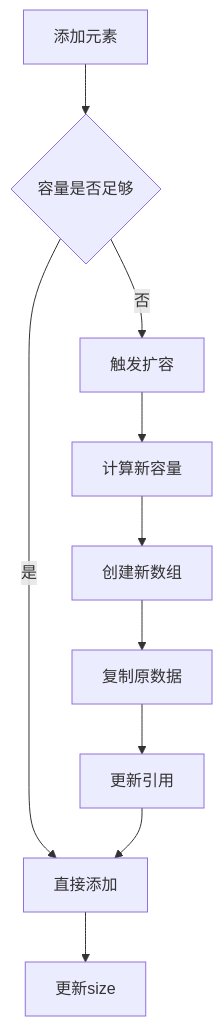
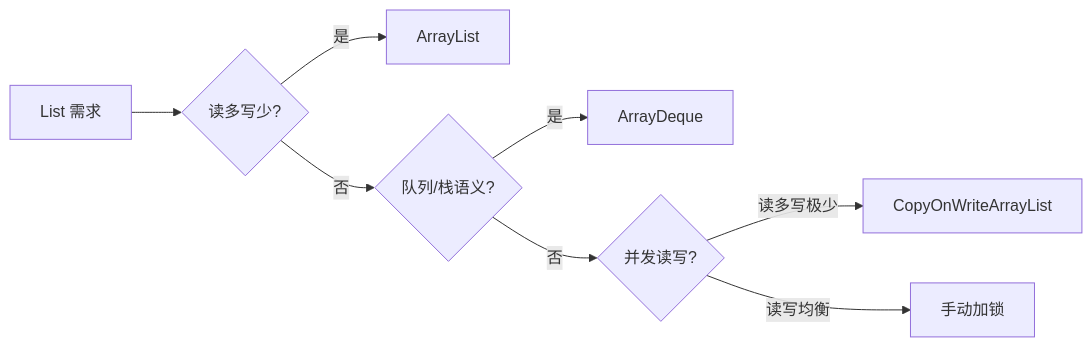
Before and after one commit to chongyang211/YCBookBlog: the first of 3 diagrams in 00.通用技术的提升/08.数据结构算法/13.工业级List设计思想.md, drawn with Mermaid. The commit also changed other lines of this file and 194 other files, not shown here.

````diff
--- a/00.通用技术的提升/08.数据结构算法/13.工业级List设计思想.md
+++ b/00.通用技术的提升/08.数据结构算法/13.工业级List设计思想.md
@@ -368,12 +63,10 @@
 ```mermaid
-graph TD
-    A[添加元素] --> B{容量是否足够}
-    B -->|是| C[直接添加]
-    B -->|否| D[触发扩容]
-    D --> E[计算新容量]
-    E --> F[创建新数组]
-    F --> G[复制原数据]
-    G --> H[更新引用]
-    H --> C
-    C --> I[更新size]
+flowchart LR
+    A[List 需求] --> B{读多写少?}
+    B -->|是| C[ArrayList]
+    B -->|否| D{队列/栈语义?}
+    D -->|是| E[ArrayDeque]
+    D -->|否| F{并发读写?}
+    F -->|读多写极少| G[CopyOnWriteArrayList]
+    F -->|读写均衡| H[手动加锁]
 ```
````
